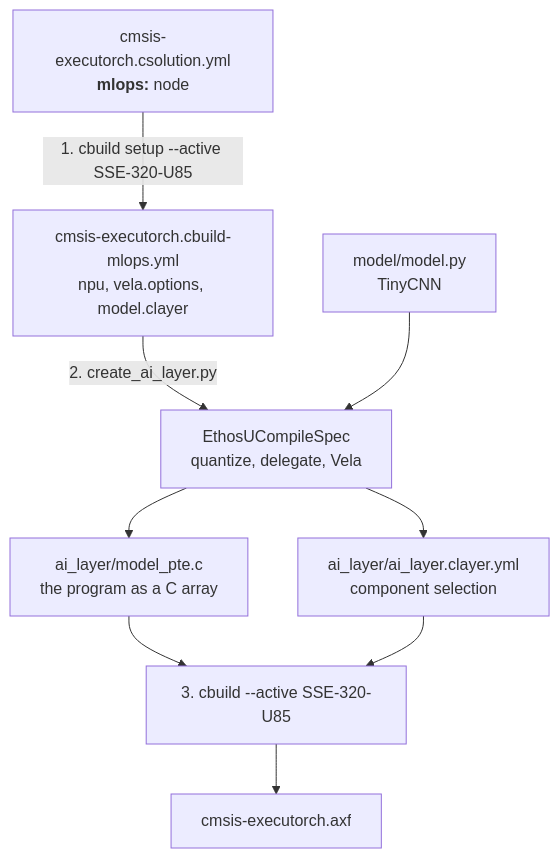
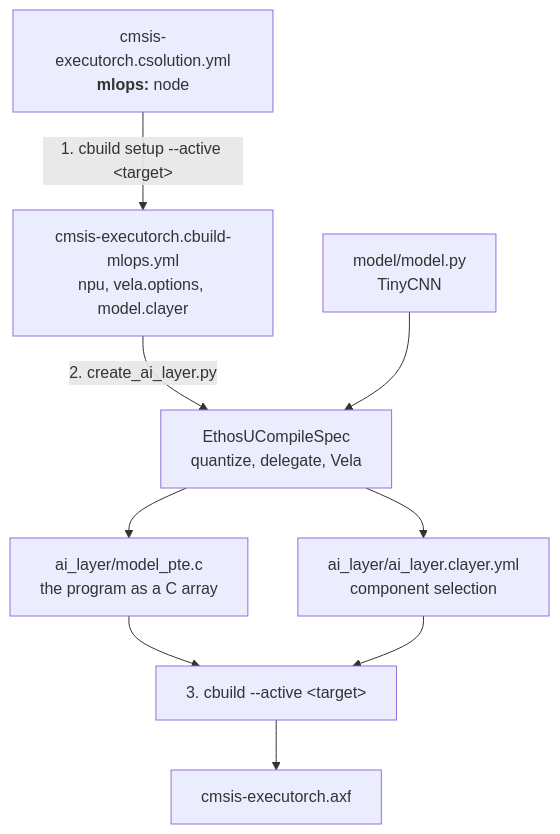
Before and after one commit to Arm-Examples/CMSIS-Executorch: the diagram in documentation/mlops-flow.md, drawn with Mermaid. The commit also changed other lines of this file and 4 other files, not shown here.

````diff
--- a/documentation/mlops-flow.md
+++ b/documentation/mlops-flow.md
@@ -9,11 +9,11 @@
 ```mermaid
 flowchart TD
-    A["cmsis-executorch.csolution.yml<br/><b>mlops:</b> node"] -->|"1. cbuild setup --active SSE-320-U85"| B["cmsis-executorch.cbuild-mlops.yml<br/>npu, vela.options, model.clayer"]
+    A["cmsis-executorch.csolution.yml<br/><b>mlops:</b> node"] -->|"1. cbuild setup --active &lt;target&gt;"| B["cmsis-executorch.cbuild-mlops.yml<br/>npu, vela.options, model.clayer"]
     B -->|"2. create_ai_layer.py"| C["EthosUCompileSpec<br/>quantize, delegate, Vela"]
     D["model/model.py<br/>TinyCNN"] --> C
     C --> E["ai_layer/model_pte.c<br/>the program as a C array"]
     C --> F["ai_layer/ai_layer.clayer.yml<br/>component selection"]
-    E --> G["3. cbuild --active SSE-320-U85"]
+    E --> G["3. cbuild --active &lt;target&gt;"]
     F --> G
     G --> H["cmsis-executorch.axf"]
 ```
````
